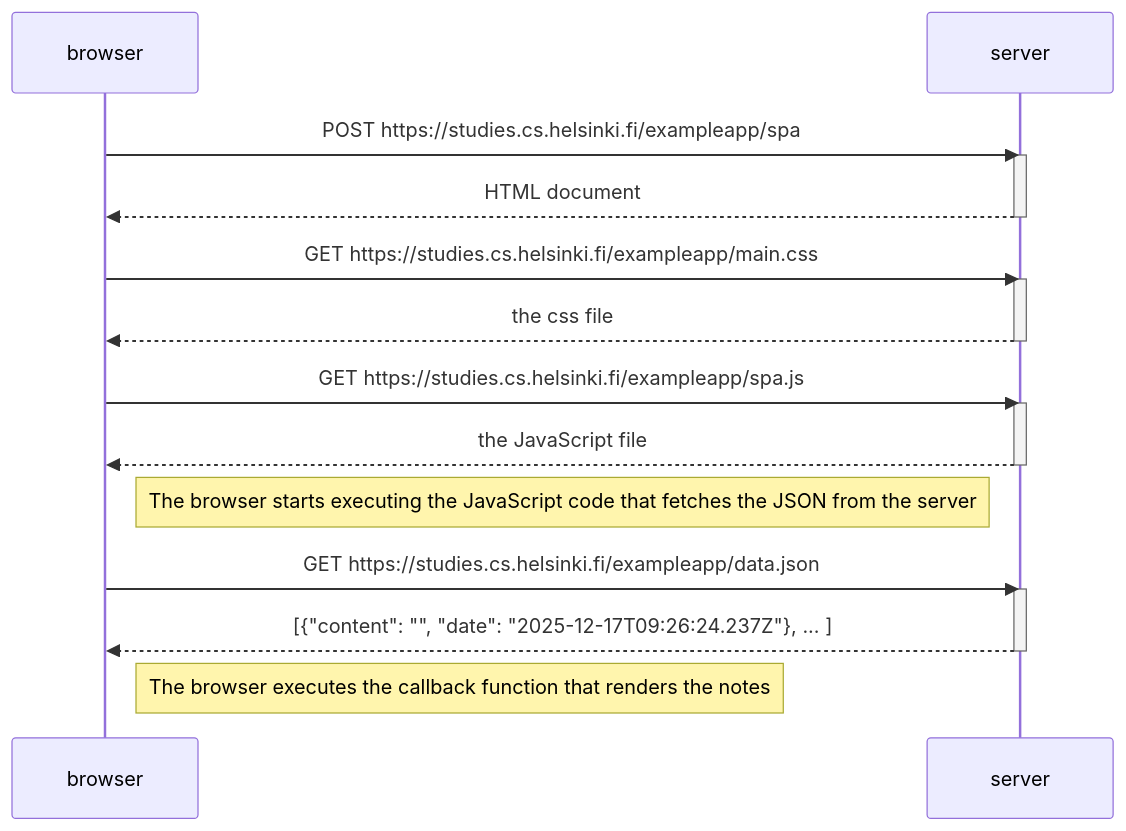
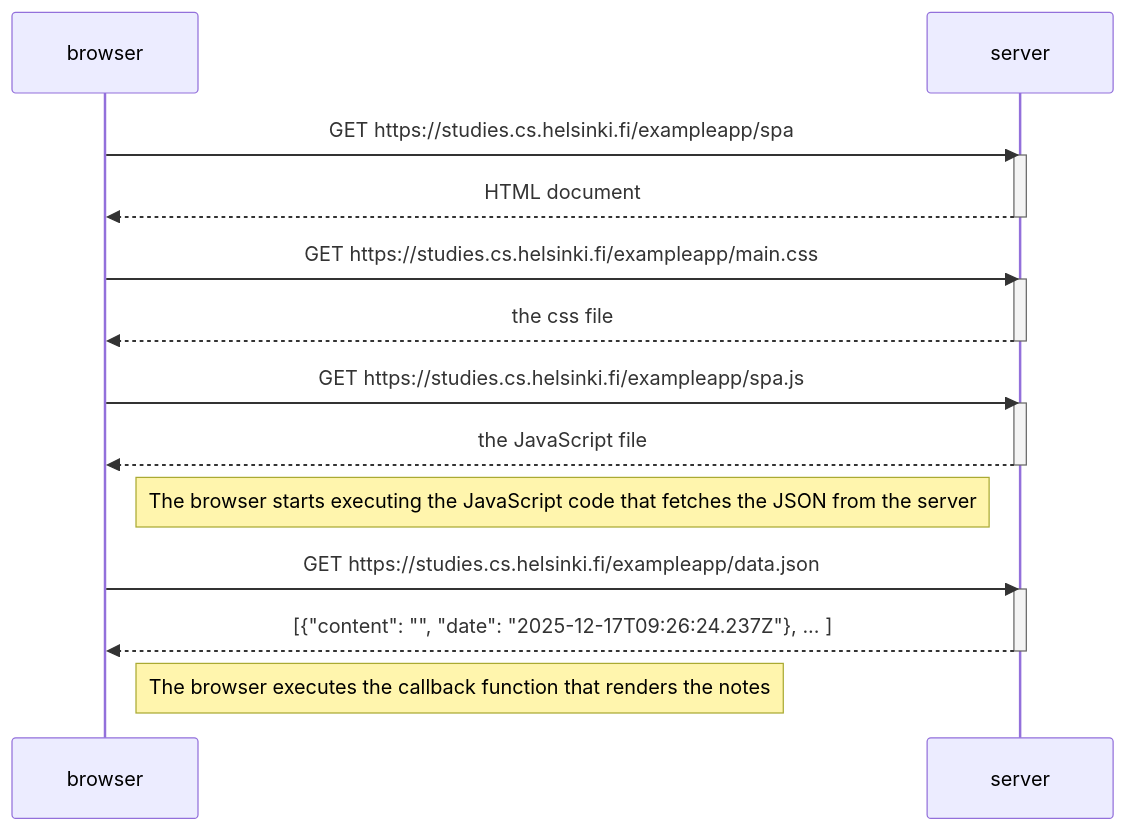
One commit to Kalwerake/part0 changed the second of 3 diagrams in README.md. Above: the diagram before and after it, drawn with Mermaid. The commit also changed other lines of this file, not shown here.

````diff
--- a/README.md
+++ b/README.md
@@ -40,30 +40,29 @@
 ```mermaid
 sequenceDiagram
     participant browser
     participant server
 
-    browser->>server: POST https://studies.cs.helsinki.fi/exampleapp/spa
+    browser->>server: GET https://studies.cs.helsinki.fi/exampleapp/spa
     activate server
     server-->>browser: HTML document
     deactivate server
 
     browser->>server: GET https://studies.cs.helsinki.fi/exampleapp/main.css
     activate server
     server-->>browser: the css file
     deactivate server
 
     browser->>server: GET https://studies.cs.helsinki.fi/exampleapp/spa.js
     activate server
     server-->>browser: the JavaScript file
     deactivate server
 
     Note right of browser: The browser starts executing the JavaScript code that fetches the JSON from the server
 
     browser->>server: GET https://studies.cs.helsinki.fi/exampleapp/data.json
     activate server
     server-->>browser: [{"content": "", "date": "2025-12-17T09:26:24.237Z"}, ... ]
     deactivate server
 
     Note right of browser: The browser executes the callback function that renders the notes
-
 ```
````
